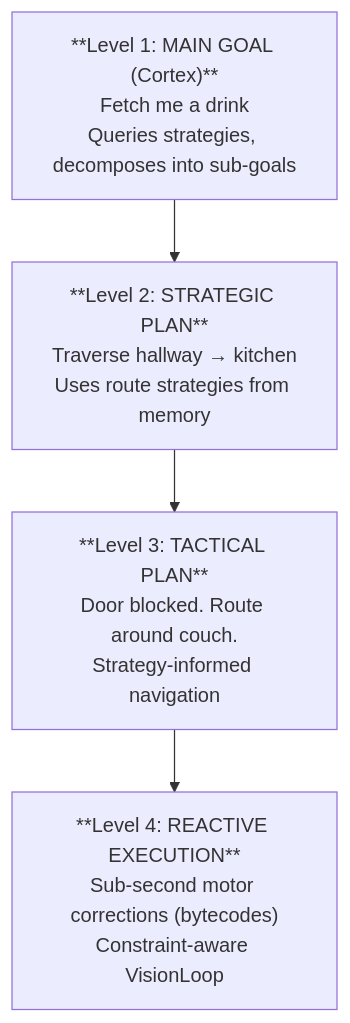
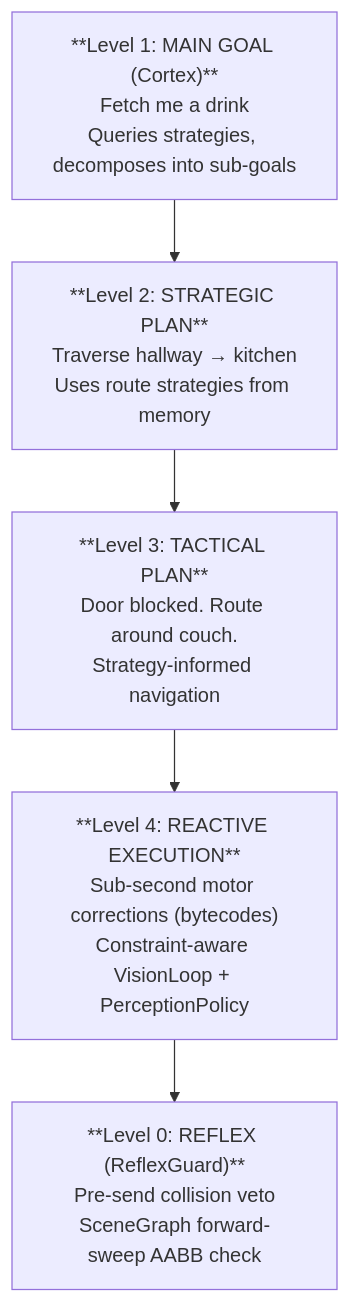
Before and after one commit to EvolvingAgentsLabs/skillos_robot: the fifth of 6 diagrams in README.md, drawn with Mermaid. The commit also changed other lines of this file and 21 other files, not shown here.

First line of the commit message:
Wire scene-graph perception pipeline into RoClaw runtime

````diff
--- a/README.md
+++ b/README.md
@@ -142,9 +213,10 @@
 ```mermaid
 flowchart TD
     L1["**Level 1: MAIN GOAL (Cortex)**\nFetch me a drink\nQueries strategies, decomposes into sub-goals"]
     L2["**Level 2: STRATEGIC PLAN**\nTraverse hallway → kitchen\nUses route strategies from memory"]
     L3["**Level 3: TACTICAL PLAN**\nDoor blocked. Route around couch.\nStrategy-informed navigation"]
-    L4["**Level 4: REACTIVE EXECUTION**\nSub-second motor corrections (bytecodes)\nConstraint-aware VisionLoop"]
+    L4["**Level 4: REACTIVE EXECUTION**\nSub-second motor corrections (bytecodes)\nConstraint-aware VisionLoop + PerceptionPolicy"]
+    L0["**Level 0: REFLEX (ReflexGuard)**\nPre-send collision veto\nSceneGraph forward-sweep AABB check"]
 
-    L1 --> L2 --> L3 --> L4
+    L1 --> L2 --> L3 --> L4 --> L0
 ```
````
